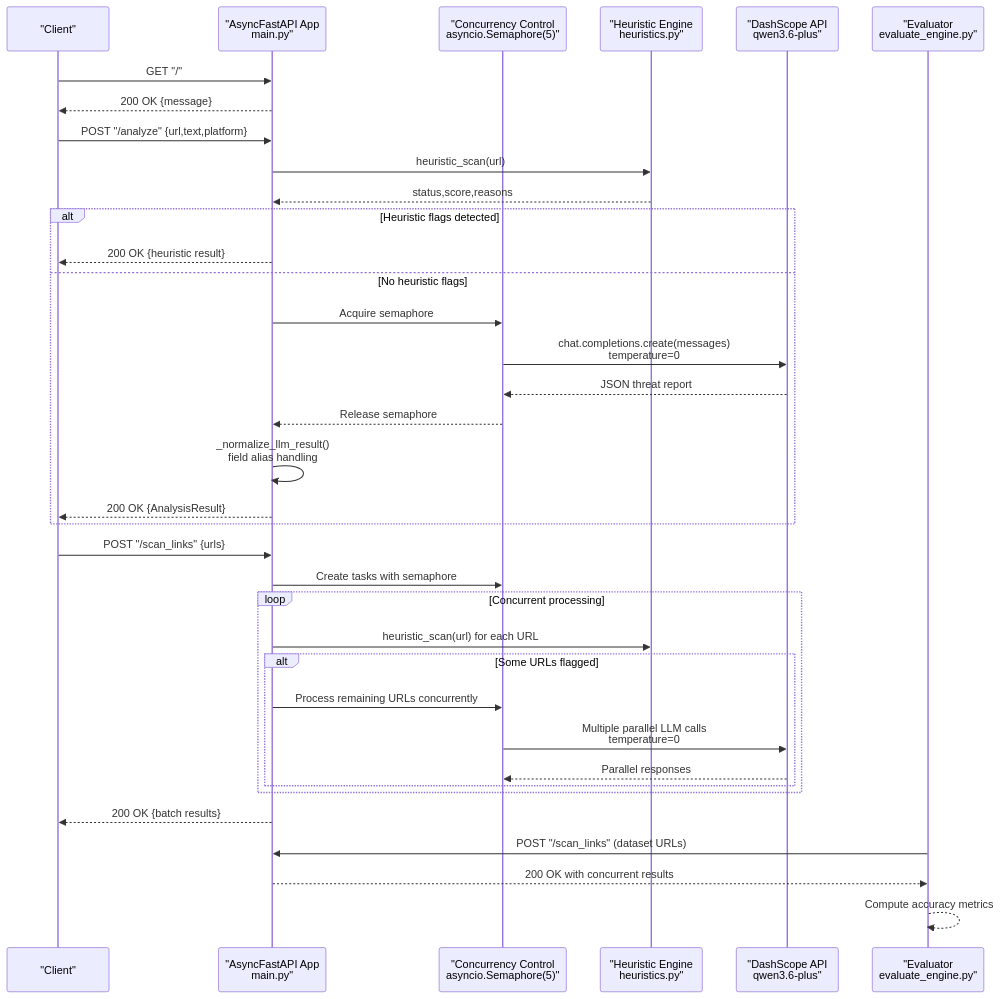
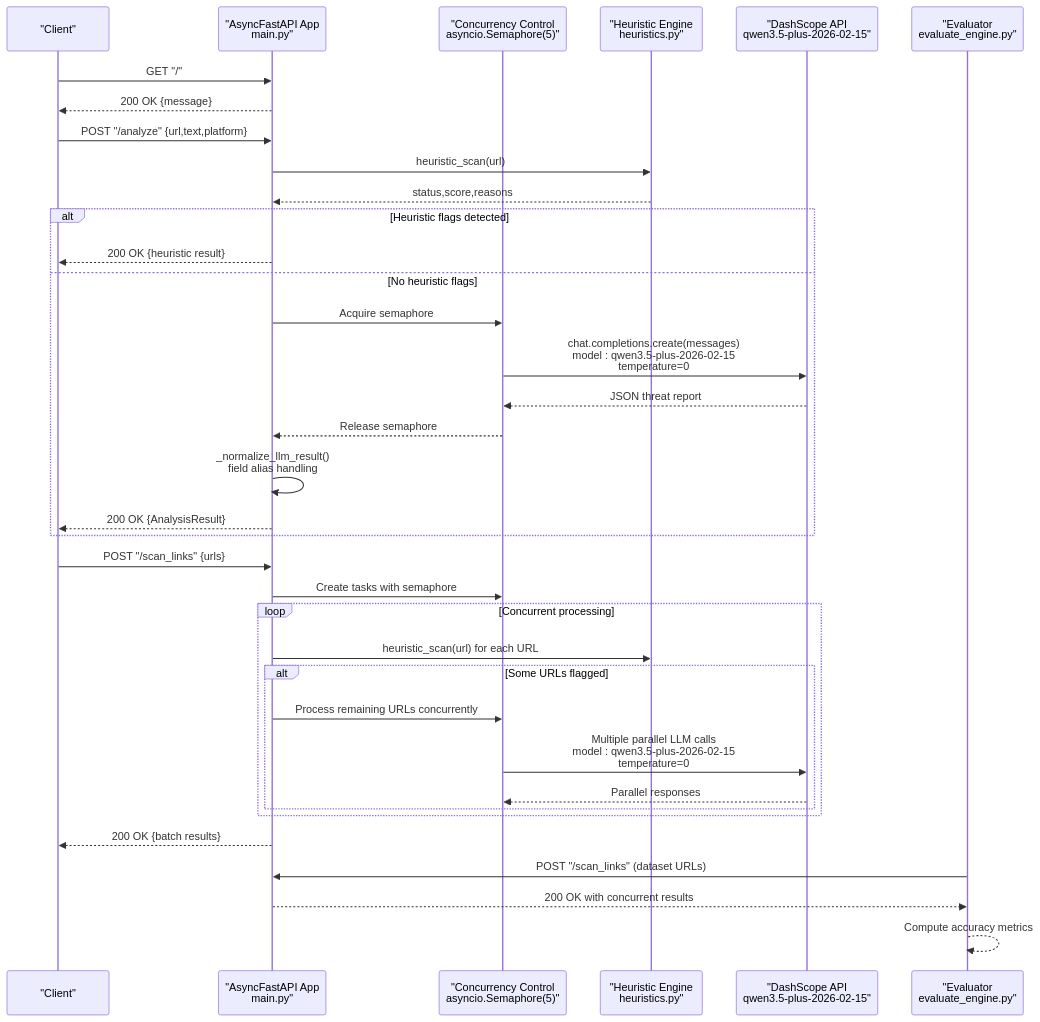
Before and after one commit to Aymanaahh/scrollguard-ai: the second of 5 diagrams in .qoder/repowiki/en/content/Backend API Documentation.md, drawn with Mermaid. The commit also changed other lines of this file and 22 other files, not shown here.

Commit message:
optimized main.py so it does not broke on LLM model change

````diff
--- a/.qoder/repowiki/en/content/Backend API Documentation.md
+++ b/.qoder/repowiki/en/content/Backend API Documentation.md
@@ -133,38 +132,38 @@
 ```mermaid
 sequenceDiagram
 participant Client as "Client"
 participant FastAPI as "AsyncFastAPI App<br/>main.py"
 participant Semaphore as "Concurrency Control<br/>asyncio.Semaphore(5)"
 participant Heuristics as "Heuristic Engine<br/>heuristics.py"
-participant LLM as "DashScope API<br/>qwen3.6-plus"
+participant LLM as "DashScope API<br/>qwen3.5-plus-2026-02-15"
 participant Eval as "Evaluator<br/>evaluate_engine.py"
 Client->>FastAPI : GET "/"
 FastAPI-->>Client : 200 OK {message}
 Client->>FastAPI : POST "/analyze" {url,text,platform}
 FastAPI->>Heuristics : heuristic_scan(url)
 Heuristics-->>FastAPI : status,score,reasons
 alt Heuristic flags detected
 FastAPI-->>Client : 200 OK {heuristic result}
 else No heuristic flags
 FastAPI->>Semaphore : Acquire semaphore
-Semaphore->>LLM : chat.completions.create(messages)<br/>temperature=0
+Semaphore->>LLM : chat.completions.create(messages)<br/>model : qwen3.5-plus-2026-02-15<br/>temperature=0
 LLM-->>Semaphore : JSON threat report
 Semaphore-->>FastAPI : Release semaphore
 FastAPI->>FastAPI : _normalize_llm_result()<br/>field alias handling
 FastAPI-->>Client : 200 OK {AnalysisResult}
 end
 Client->>FastAPI : POST "/scan_links" {urls}
 FastAPI->>Semaphore : Create tasks with semaphore
 loop Concurrent processing
 FastAPI->>Heuristics : heuristic_scan(url) for each URL
 alt Some URLs flagged
 FastAPI->>Semaphore : Process remaining URLs concurrently
-Semaphore->>LLM : Multiple parallel LLM calls<br/>temperature=0
+Semaphore->>LLM : Multiple parallel LLM calls<br/>model : qwen3.5-plus-2026-02-15<br/>temperature=0
 LLM-->>Semaphore : Parallel responses
 end
 end
 FastAPI-->>Client : 200 OK {batch results}
 Eval->>FastAPI : POST "/scan_links" (dataset URLs)
 FastAPI-->>Eval : 200 OK with concurrent results
 Eval-->>Eval : Compute accuracy metrics
 ```
````
